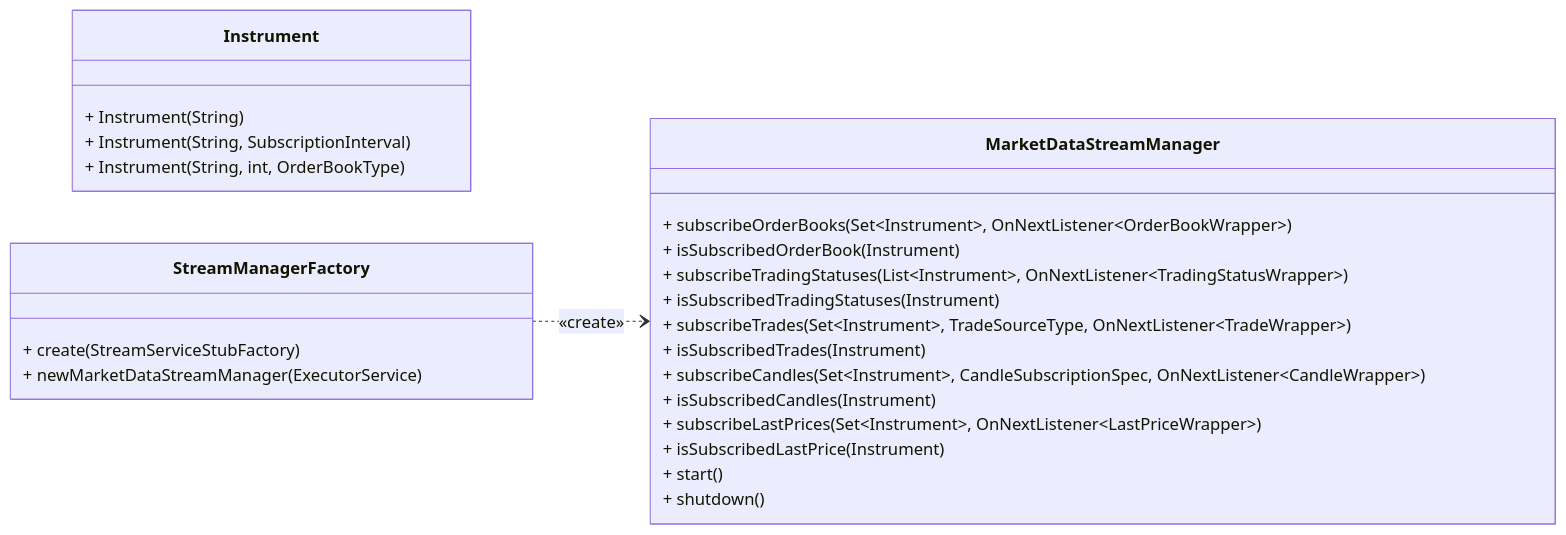
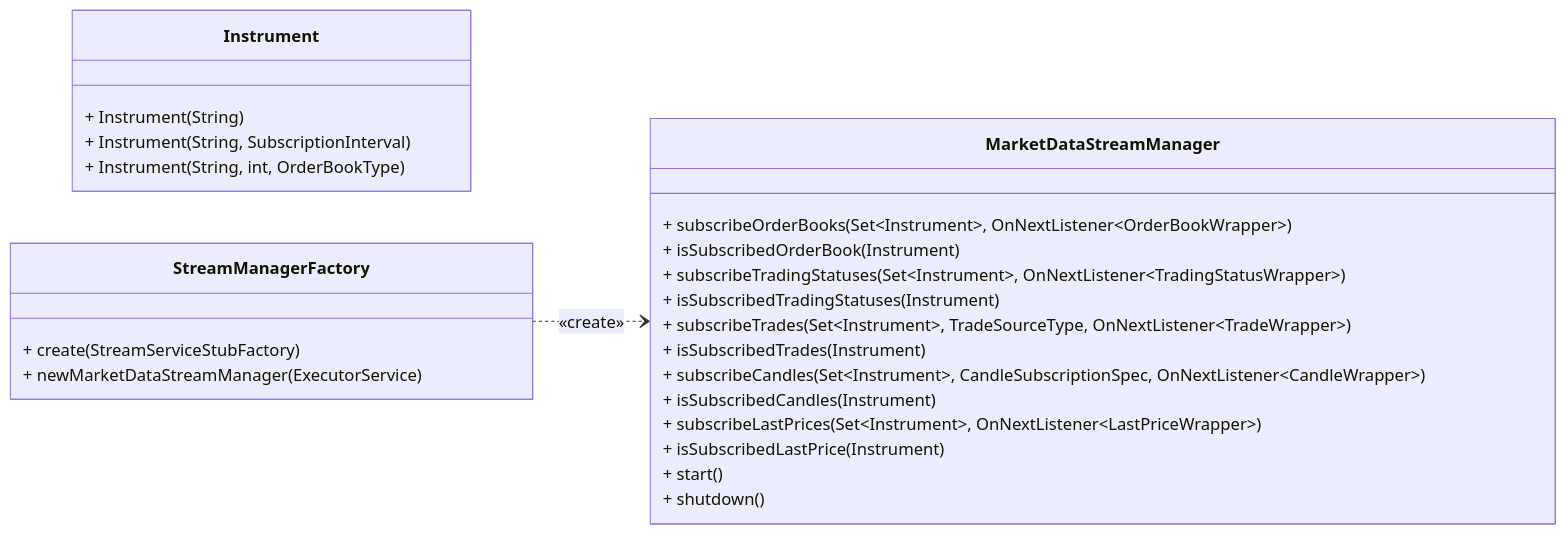
Before and after one commit to RussianInvestments/invest-api-java-sdk: the fourth of 4 diagrams in core/README.md, drawn with Mermaid. The commit also changed 1 other file, not shown here.

Commit message:
collection type fixed

````diff
--- a/core/README.md
+++ b/core/README.md
@@ -333,28 +333,28 @@
 ```mermaid
 classDiagram
 direction LR
 class Instrument {
   + Instrument(String)
   + Instrument(String, SubscriptionInterval)
   + Instrument(String, int, OrderBookType)
 }
 class MarketDataStreamManager {
   + subscribeOrderBooks(Set~Instrument~, OnNextListener~OrderBookWrapper~)
   + isSubscribedOrderBook(Instrument)
-  + subscribeTradingStatuses(List~Instrument~, OnNextListener~TradingStatusWrapper~)
+  + subscribeTradingStatuses(Set~Instrument~, OnNextListener~TradingStatusWrapper~)
   + isSubscribedTradingStatuses(Instrument)
   + subscribeTrades(Set~Instrument~, TradeSourceType, OnNextListener~TradeWrapper~)
   + isSubscribedTrades(Instrument)
   + subscribeCandles(Set~Instrument~, CandleSubscriptionSpec, OnNextListener~CandleWrapper~)
   + isSubscribedCandles(Instrument)
   + subscribeLastPrices(Set~Instrument~, OnNextListener~LastPriceWrapper~)
   + isSubscribedLastPrice(Instrument)
   + start()
   + shutdown()
 }
 class StreamManagerFactory {
   + create(StreamServiceStubFactory)
   + newMarketDataStreamManager(ExecutorService)
 }
 StreamManagerFactory  ..>  MarketDataStreamManager : «create»
 ```
````
